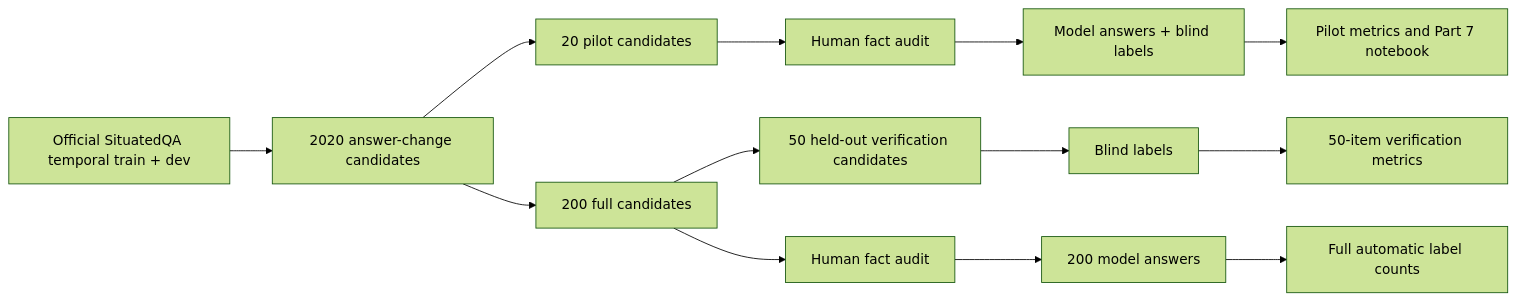
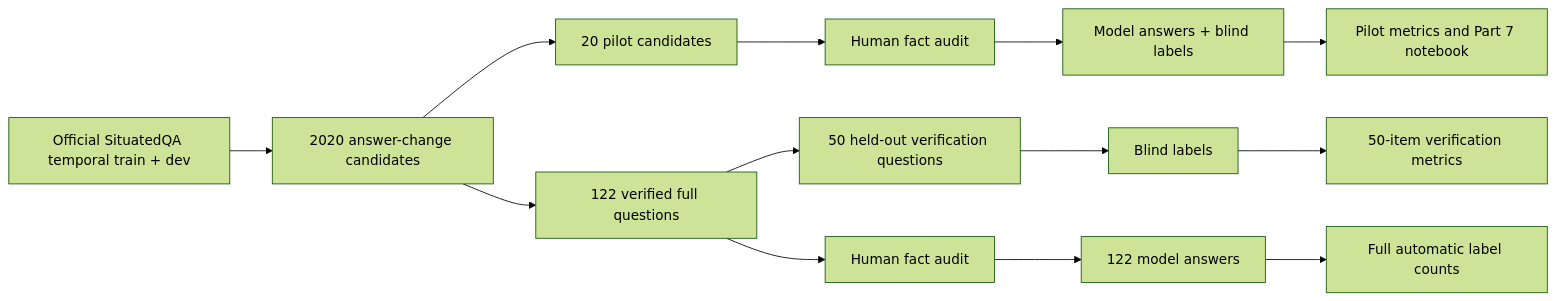
Before and after one commit to BlackHole55/date-aware-answer-matcher: the diagram in docs/full_pipeline_plan.md, drawn with Mermaid (forest theme). The commit also changed other lines of this file and 6 other files, not shown here.

````diff
--- a/docs/full_pipeline_plan.md
+++ b/docs/full_pipeline_plan.md
@@ -9,15 +9,15 @@
 ```mermaid
 flowchart LR
     A[Official SituatedQA temporal train + dev] --> B[2020 answer-change candidates]
     B --> C[20 pilot candidates]
-    B --> D[200 full candidates]
-    D --> E[50 held-out verification candidates]
+    B --> D[122 verified full questions]
+    D --> E[50 held-out verification questions]
     C --> F[Human fact audit]
     D --> G[Human fact audit]
     F --> H[Model answers + blind labels]
-    G --> I[200 model answers]
+    G --> I[122 model answers]
     E --> J[Blind labels]
     H --> K[Pilot metrics and Part 7 notebook]
     I --> L[Full automatic label counts]
     J --> M[50-item verification metrics]
 ```
````
